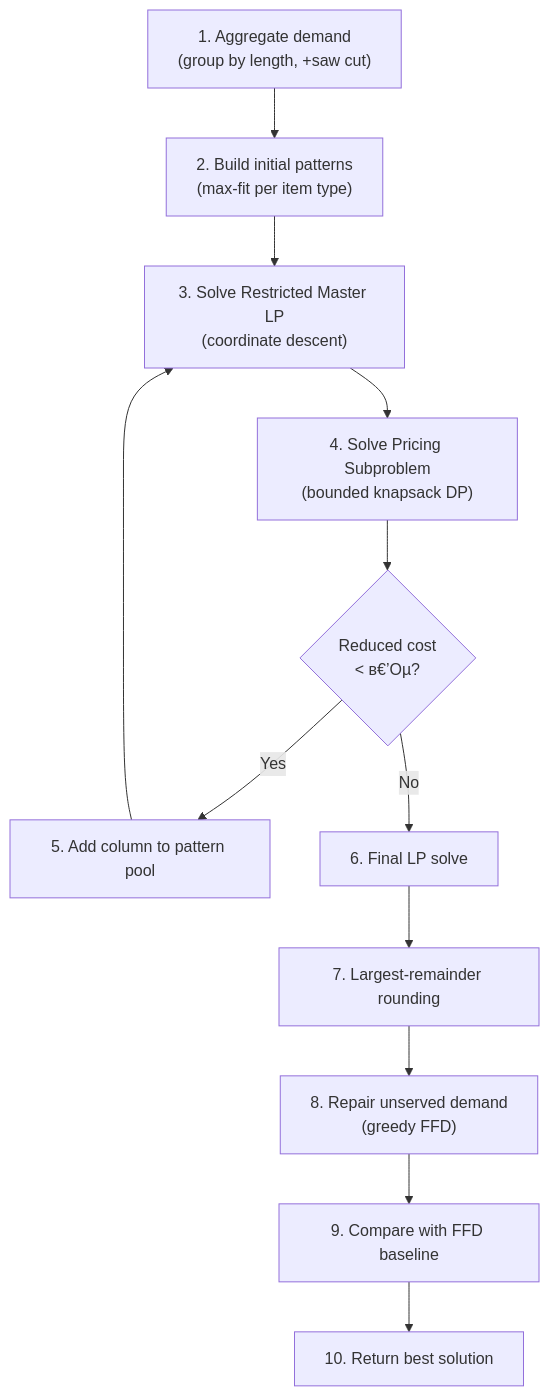
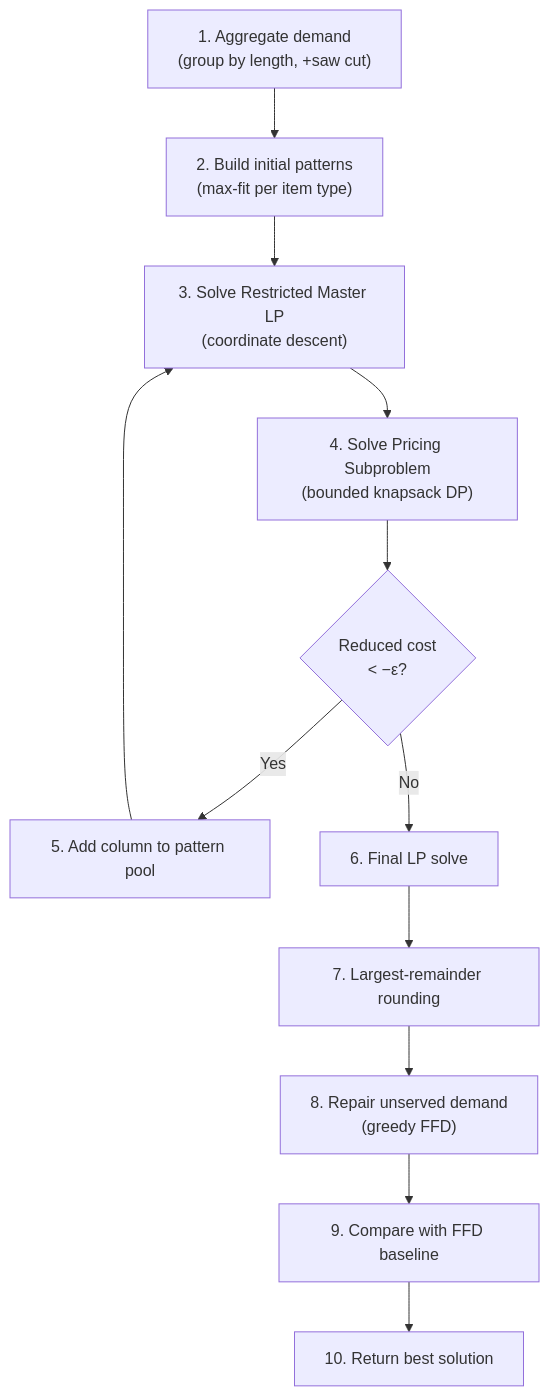
Before and after one commit to KonkovDV/OpenRebar: the second of 4 diagrams in docs/archive/HYPER_DEEP_AUDIT_REPORT.md, drawn with Mermaid. The commit also changed other lines of this file and 13 other files, not shown here.

````diff
--- a/docs/archive/HYPER_DEEP_AUDIT_REPORT.md
+++ b/docs/archive/HYPER_DEEP_AUDIT_REPORT.md
@@ -251,14 +251,14 @@
 ```mermaid
 flowchart TD
     A["1. Aggregate demand<br/>(group by length, +saw cut)"] --> B["2. Build initial patterns<br/>(max-fit per item type)"]
     B --> C["3. Solve Restricted Master LP<br/>(coordinate descent)"]
     C --> D["4. Solve Pricing Subproblem<br/>(bounded knapsack DP)"]
-    D --> E{"Reduced cost<br/>< в€’Оµ?"}
+    D --> E{"Reduced cost<br/>< −ε?"}
     E -->|Yes| F["5. Add column to pattern pool"]
     F --> C
     E -->|No| G["6. Final LP solve"]
     G --> H["7. Largest-remainder rounding"]
     H --> I["8. Repair unserved demand<br/>(greedy FFD)"]
     I --> J["9. Compare with FFD baseline"]
     J --> K["10. Return best solution"]
 ```
````
